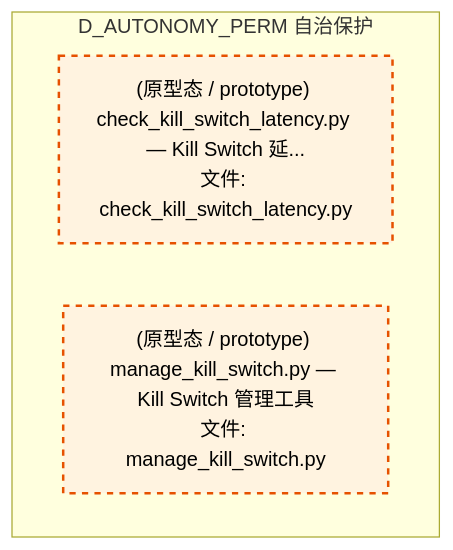
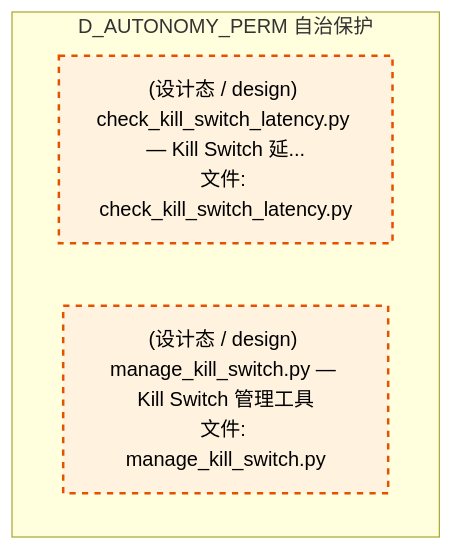
Before and after one commit to xuanFelixVan/ZephyrAlpha: the second of 2 diagrams in docs/02_enterprise_architecture/02_domain_architecture_docs/29_d_autonomy_perm.md, drawn with Mermaid. The commit also changed other lines of this file and 177 other files, not shown here.

First line of the commit message:
ARCH-MM-002: 全项目验证扫描修复 (design_maturity 3态→2态 残留清除)

````diff
--- a/docs/02_enterprise_architecture/02_domain_architecture_docs/29_d_autonomy_perm.md
+++ b/docs/02_enterprise_architecture/02_domain_architecture_docs/29_d_autonomy_perm.md
@@ -93,12 +92,12 @@
 ```mermaid
 graph TD
     subgraph D_AUTONOMY_PERM["D_AUTONOMY_PERM 自治保护"]
-        scripts_arch_guard_fitness_functions_check_kill_switch_latency_py["(原型态 / prototype) check_kill_switch_latency.py — Kill Switch 延...<br/>文件: check_kill_switch_latency.py"]
-        scripts_governance_meta_manage_kill_switch_py["(原型态 / prototype) manage_kill_switch.py — Kill Switch 管理工具<br/>文件: manage_kill_switch.py"]
+        scripts_arch_guard_fitness_functions_check_kill_switch_latency_py["(设计态 / design) check_kill_switch_latency.py — Kill Switch 延...<br/>文件: check_kill_switch_latency.py"]
+        scripts_governance_meta_manage_kill_switch_py["(设计态 / design) manage_kill_switch.py — Kill Switch 管理工具<br/>文件: manage_kill_switch.py"]
     end
     classDef production fill:#e1f5fe,stroke:#01579b,stroke-width:2px,color:#000
     classDef design fill:#fff3e0,stroke:#e65100,stroke-width:2px,color:#000,stroke-dasharray: 5 5
     classDef external_prod fill:#e8f5e9,stroke:#1b5e20,stroke-width:1px,color:#000
     classDef external_design fill:#fce4ec,stroke:#880e4f,stroke-width:1px,color:#000,stroke-dasharray: 5 5
     class scripts_arch_guard_fitness_functions_check_kill_switch_latency_py,scripts_governance_meta_manage_kill_switch_py design
 ```
````
